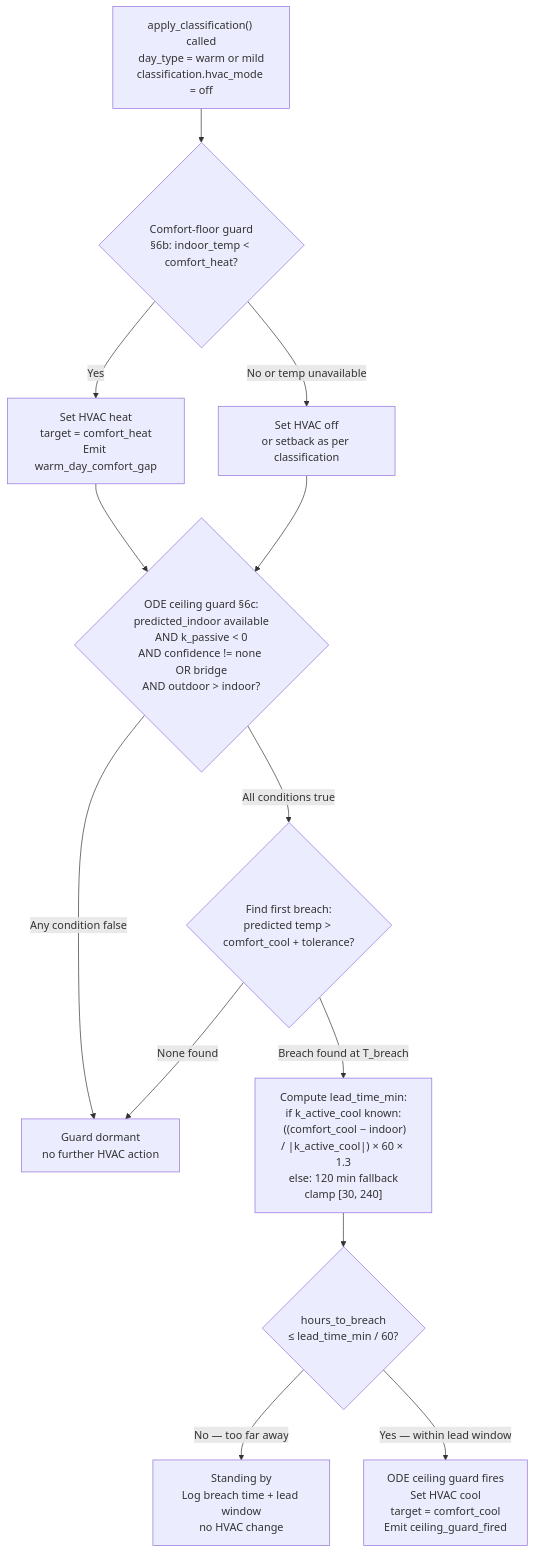
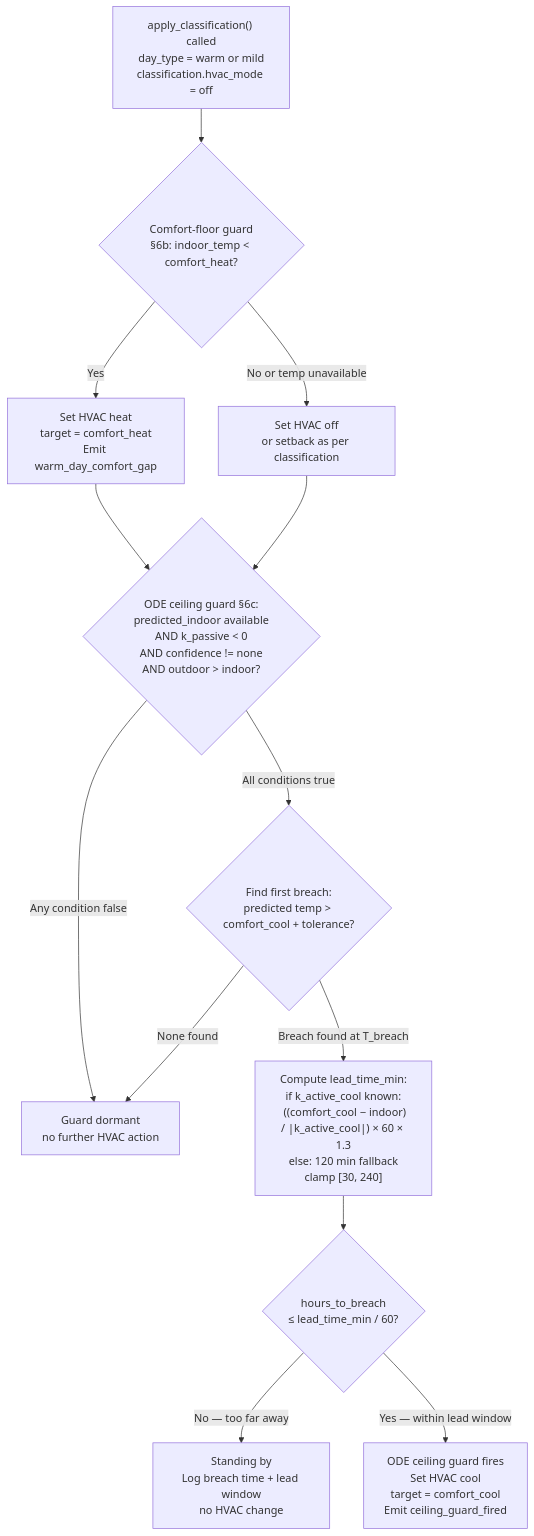
One commit to gunkl/ClimateAdvisor changed diagram 18 of 22 in docs/07-AUTOMATION-FLOWCHART.md. Above: the diagram before and after it, drawn with Mermaid. The commit also changed other lines of this file and 26 other files, not shown here.

````diff
--- a/docs/07-AUTOMATION-FLOWCHART.md
+++ b/docs/07-AUTOMATION-FLOWCHART.md
@@ -607,15 +607,15 @@
 ```mermaid
 flowchart TD
     A["apply_classification() called\nday_type = warm or mild\nclassification.hvac_mode = off"] --> B{Comfort-floor guard\n§6b: indoor_temp < comfort_heat?}
     B -->|Yes| C[Set HVAC heat\ntarget = comfort_heat\nEmit warm_day_comfort_gap]
     B -->|No or temp unavailable| E[Set HVAC off\nor setback as per classification]
     C --> D
     E --> D
-    D{ODE ceiling guard §6c:\npredicted_indoor available\nAND k_passive < 0\nAND confidence != none OR bridge\nAND outdoor > indoor?} -->|Any condition false| Z[Guard dormant\nno further HVAC action]
+    D{ODE ceiling guard §6c:\npredicted_indoor available\nAND k_passive < 0\nAND confidence != none\nAND outdoor > indoor?} -->|Any condition false| Z[Guard dormant\nno further HVAC action]
     D -->|All conditions true| F{Find first breach:\npredicted temp > comfort_cool + tolerance?}
     F -->|None found| Z
     F -->|Breach found at T_breach| G["Compute lead_time_min:\nif k_active_cool known:\n  ((comfort_cool − indoor) / |k_active_cool|) × 60 × 1.3\nelse: 120 min fallback\nclamp [30, 240]"]
     G --> H{"hours_to_breach\n≤ lead_time_min / 60?"}
     H -->|No — too far away| I[Standing by\nLog breach time + lead window\nno HVAC change]
     H -->|Yes — within lead window| J[ODE ceiling guard fires\nSet HVAC cool\ntarget = comfort_cool\nEmit ceiling_guard_fired]
 ```
````
